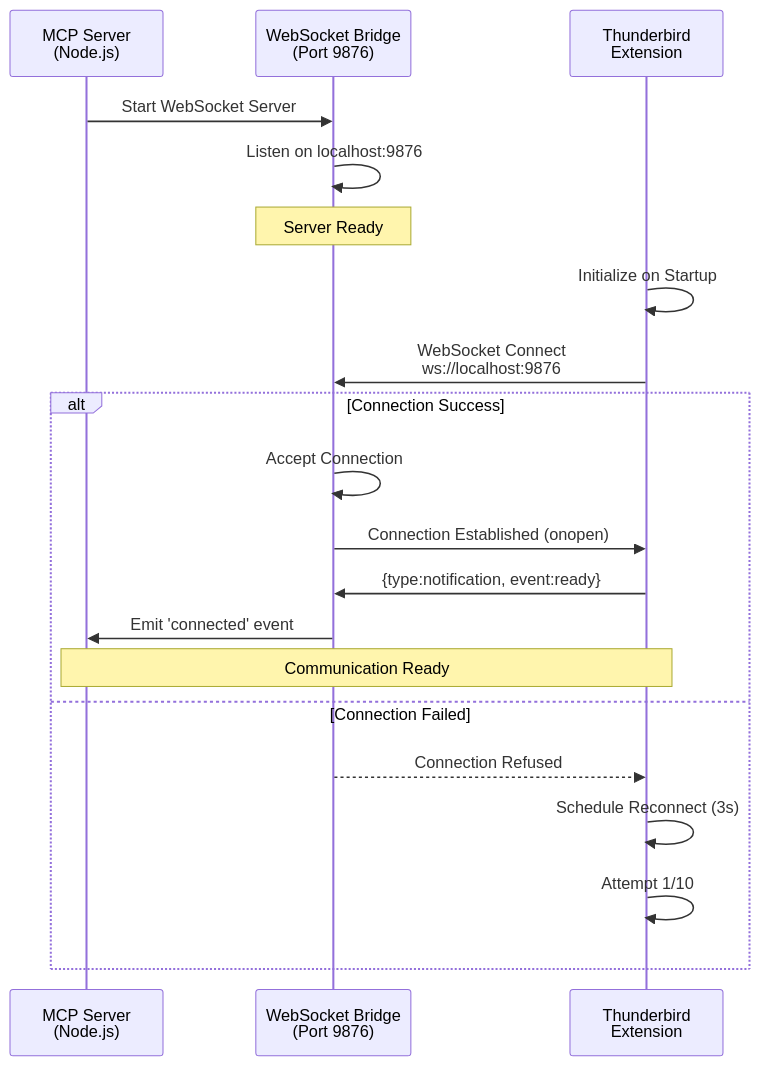
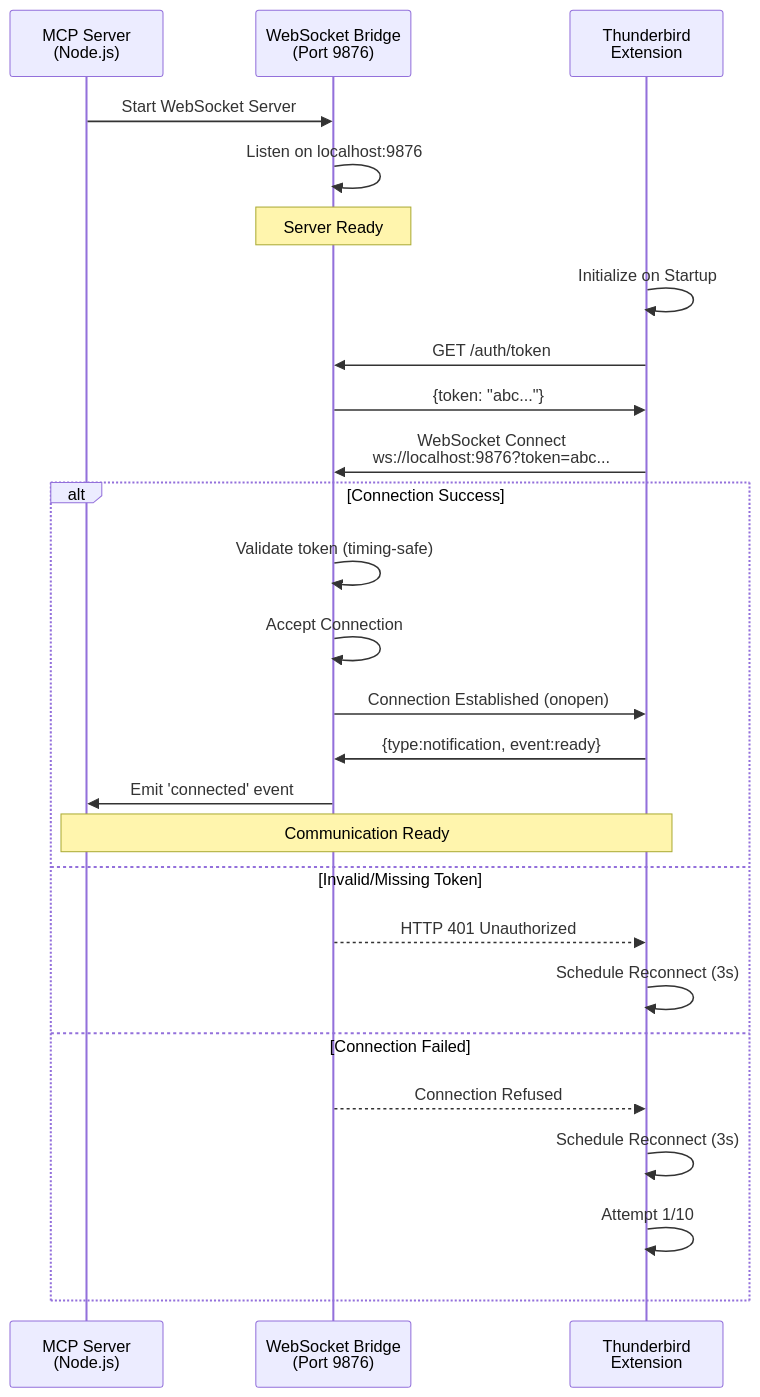
One commit to assistance-micro-design/zileo-mcp-thunderbird changed the second of 5 diagrams in docs/architecture/websocket.md. Above: the diagram before and after it, drawn with Mermaid. The commit also changed other lines of this file and 8 other files, not shown here.

First line of the commit message:
fix(security): Phase 4 WebSocket authentication - token-based auth on upgrade

````diff
--- a/docs/architecture/websocket.md
+++ b/docs/architecture/websocket.md
@@ -262,25 +287,31 @@
 ```mermaid
 sequenceDiagram
     participant Server as MCP Server<br/>(Node.js)
     participant Bridge as WebSocket Bridge<br/>(Port 9876)
     participant Extension as Thunderbird<br/>Extension
 
     Server->>Bridge: Start WebSocket Server
     Bridge->>Bridge: Listen on localhost:9876
     Note over Bridge: Server Ready
 
     Extension->>Extension: Initialize on Startup
-    Extension->>Bridge: WebSocket Connect<br/>ws://localhost:9876
+    Extension->>Bridge: GET /auth/token
+    Bridge->>Extension: {token: "abc..."}
+    Extension->>Bridge: WebSocket Connect<br/>ws://localhost:9876?token=abc...
 
     alt Connection Success
+        Bridge->>Bridge: Validate token (timing-safe)
         Bridge->>Bridge: Accept Connection
         Bridge->>Extension: Connection Established (onopen)
         Extension->>Bridge: {type:notification, event:ready}
         Bridge->>Server: Emit 'connected' event
         Note over Server,Extension: Communication Ready
+    else Invalid/Missing Token
+        Bridge-->>Extension: HTTP 401 Unauthorized
+        Extension->>Extension: Schedule Reconnect (3s)
     else Connection Failed
         Bridge-->>Extension: Connection Refused
         Extension->>Extension: Schedule Reconnect (3s)
         Extension->>Extension: Attempt 1/10
     end
 ```
````
